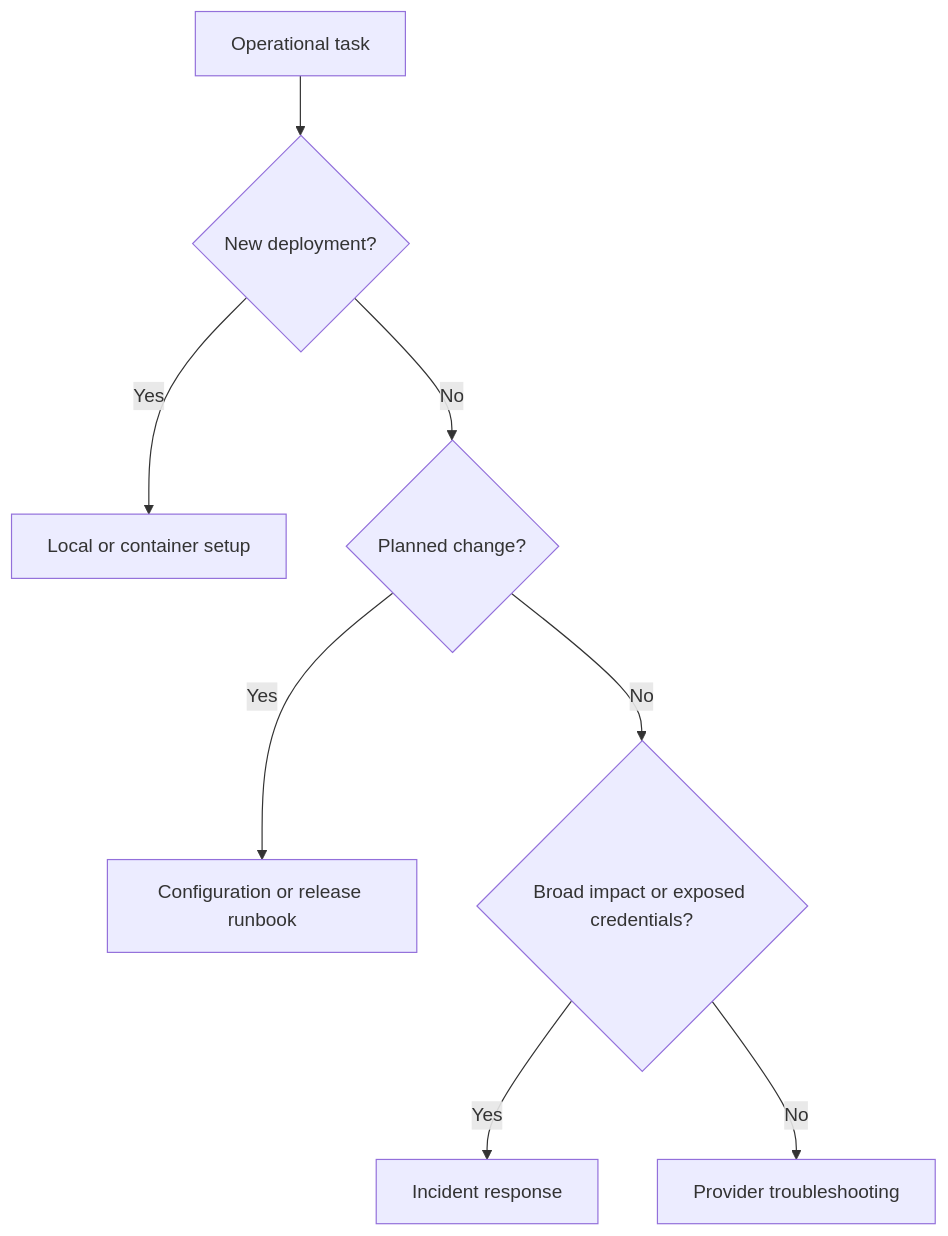
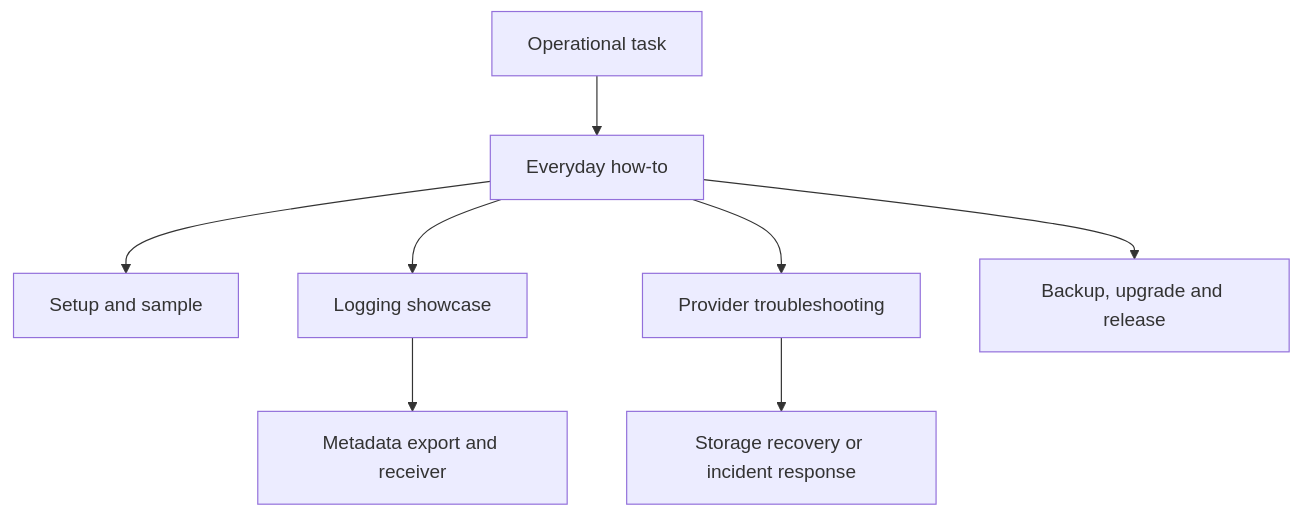
The diagram in docs/runbooks/README.md (m87techlabs/m87-ai-gateway), drawn with Mermaid before and after one commit. The commit also changed other lines of this file and 6 other files, not shown here.

Commit message:
docs: consolidate operational runbooks and everyday how-to

````diff
--- a/docs/runbooks/README.md
+++ b/docs/runbooks/README.md
@@ -32,10 +49,10 @@
 ```mermaid
 flowchart TD
-    Start[Operational task] --> Setup{New deployment?}
-    Setup -->|Yes| Deploy[Local or container setup]
-    Setup -->|No| Change{Planned change?}
-    Change -->|Yes| Config[Configuration or release runbook]
-    Change -->|No| Impact{Broad impact or exposed credentials?}
-    Impact -->|Yes| Incident[Incident response]
-    Impact -->|No| Provider[Provider troubleshooting]
+    Task[Operational task] --> Daily[Everyday how-to]
+    Daily --> Local[Setup and sample]
+    Daily --> Logs[Logging showcase]
+    Logs --> Export[Metadata export and receiver]
+    Daily --> Trouble[Provider troubleshooting]
+    Trouble --> Recovery[Storage recovery or incident response]
+    Daily --> Upgrade[Backup, upgrade and release]
 ```
````
